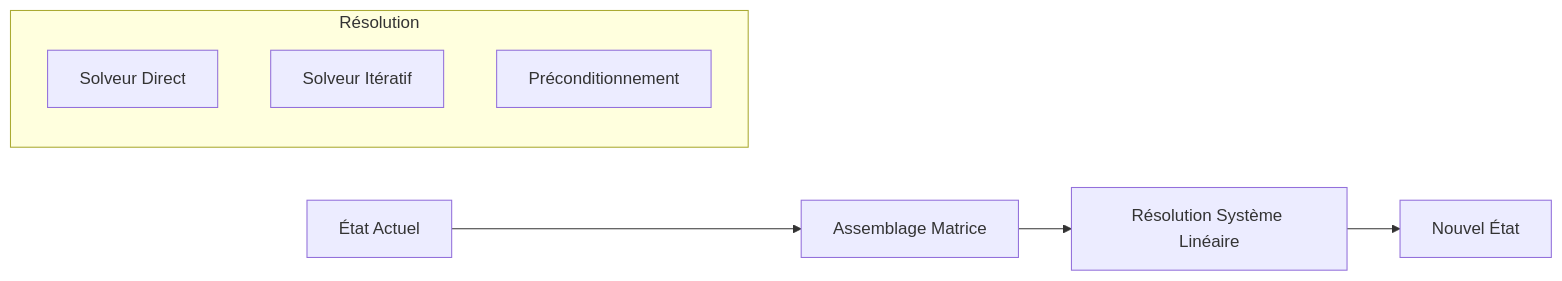
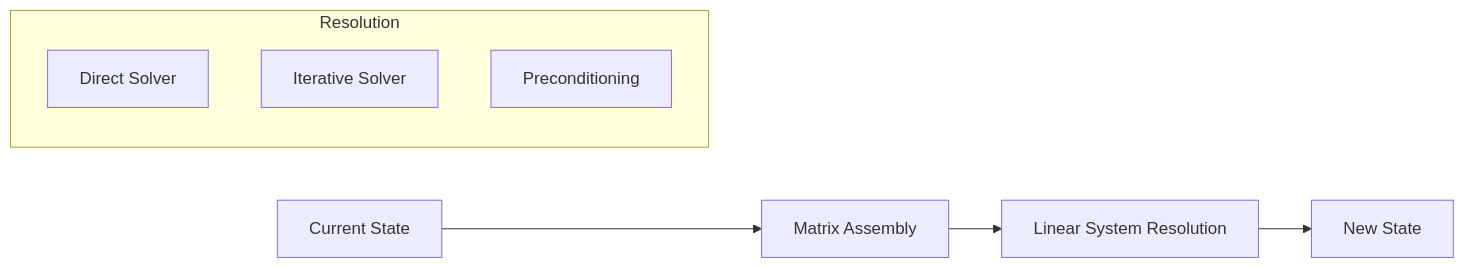
The tenth of 19 diagrams in docs/numerical_schemes.md (sbstndb/samurai), drawn with Mermaid before and after one commit. The commit also changed other lines of this file and 8 other files, not shown here.

````diff
--- a/docs/numerical_schemes.md
+++ b/docs/numerical_schemes.md
@@ -297,12 +297,12 @@
 ```mermaid
 graph LR
-    A[État Actuel] --> B[Assemblage Matrice]
-    B --> C[Résolution Système Linéaire]
-    C --> D[Nouvel État]
+    A[Current State] --> B[Matrix Assembly]
+    B --> C[Linear System Resolution]
+    C --> D[New State]
     
-    subgraph "Résolution"
-        E[Solveur Direct]
-        F[Solveur Itératif]
-        G[Préconditionnement]
+    subgraph "Resolution"
+        E[Direct Solver]
+        F[Iterative Solver]
+        G[Preconditioning]
     end
 ```
````
